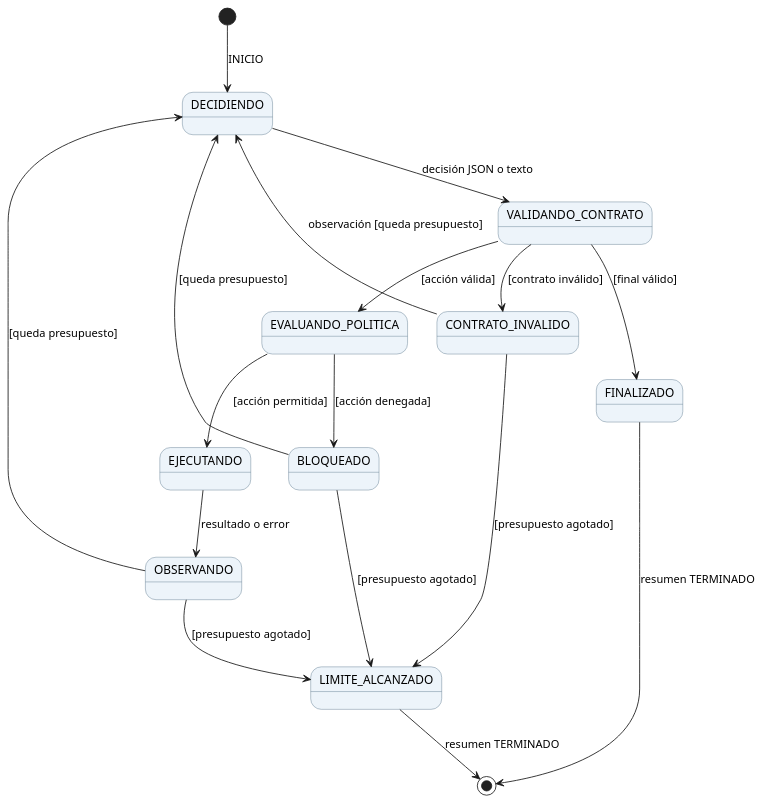
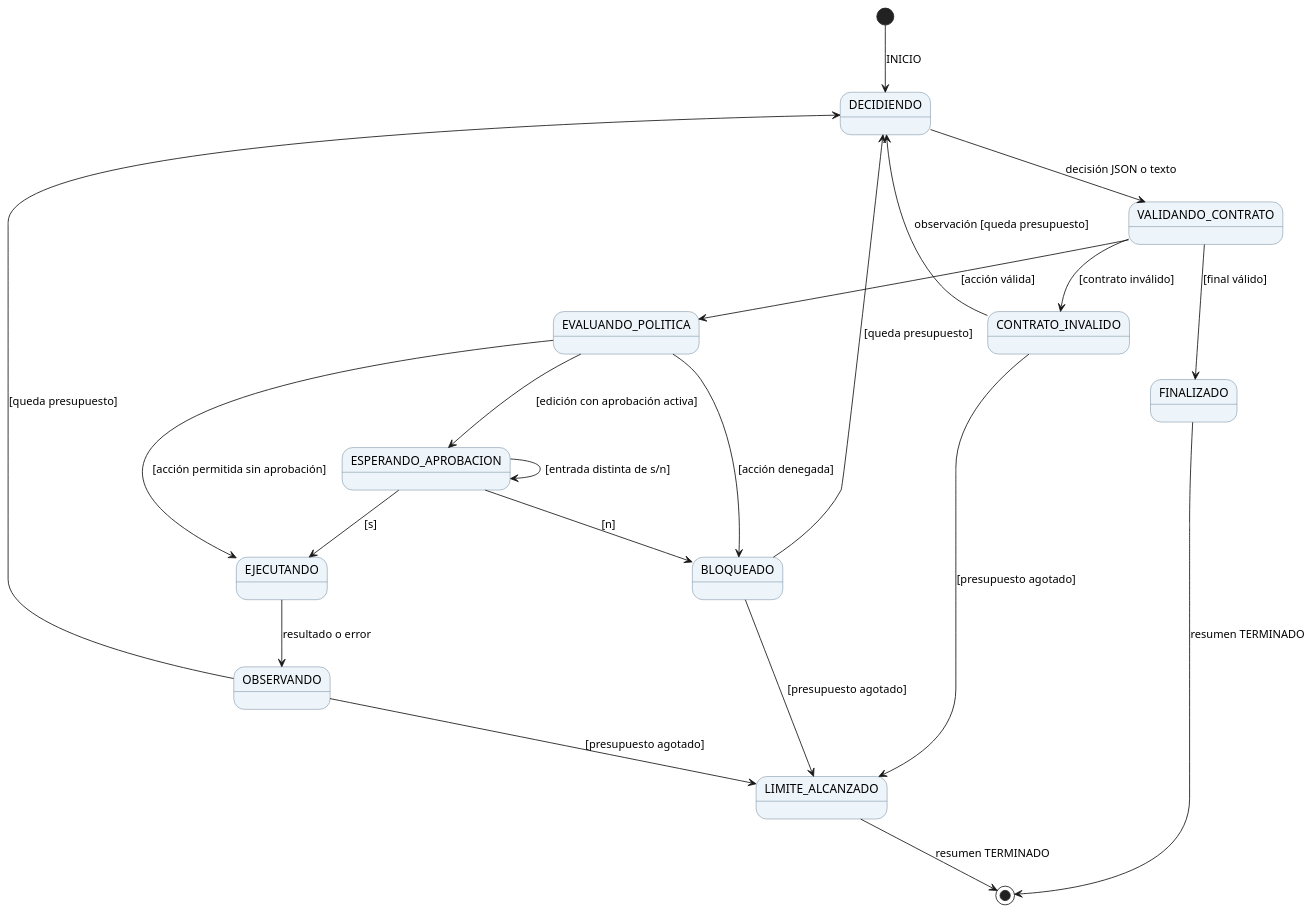
The diagram in agentes/diseno/estados.puml (Fernandezvalerio/CS-2026b-lab04-BiblioUNSA), drawn with PlantUML before and after one commit. The commit also changed 14 other files, not shown here.

```diff
--- a/agentes/diseno/estados.puml
+++ b/agentes/diseno/estados.puml
@@ -1,23 +1,27 @@
 @startuml
 skinparam shadowing false
 skinparam state {
  BackgroundColor #edf4fa
  BorderColor #567389
 }
 [*] --> DECIDIENDO : INICIO
 DECIDIENDO --> VALIDANDO_CONTRATO : decisión JSON o texto
 VALIDANDO_CONTRATO --> CONTRATO_INVALIDO : [contrato inválido]
 CONTRATO_INVALIDO --> DECIDIENDO : observación [queda presupuesto]
 VALIDANDO_CONTRATO --> FINALIZADO : [final válido]
 VALIDANDO_CONTRATO --> EVALUANDO_POLITICA : [acción válida]
 EVALUANDO_POLITICA --> BLOQUEADO : [acción denegada]
-EVALUANDO_POLITICA --> EJECUTANDO : [acción permitida]
+EVALUANDO_POLITICA --> EJECUTANDO : [acción permitida sin aprobación]
+EVALUANDO_POLITICA --> ESPERANDO_APROBACION : [edición con aprobación activa]
+ESPERANDO_APROBACION --> EJECUTANDO : [s]
+ESPERANDO_APROBACION --> BLOQUEADO : [n]
+ESPERANDO_APROBACION --> ESPERANDO_APROBACION : [entrada distinta de s/n]
 EJECUTANDO --> OBSERVANDO : resultado o error
 OBSERVANDO --> DECIDIENDO : [queda presupuesto]
 BLOQUEADO --> DECIDIENDO : [queda presupuesto]
 OBSERVANDO --> LIMITE_ALCANZADO : [presupuesto agotado]
 CONTRATO_INVALIDO --> LIMITE_ALCANZADO : [presupuesto agotado]
 BLOQUEADO --> LIMITE_ALCANZADO : [presupuesto agotado]
 FINALIZADO --> [*] : resumen TERMINADO
 LIMITE_ALCANZADO --> [*] : resumen TERMINADO
 @enduml
```
